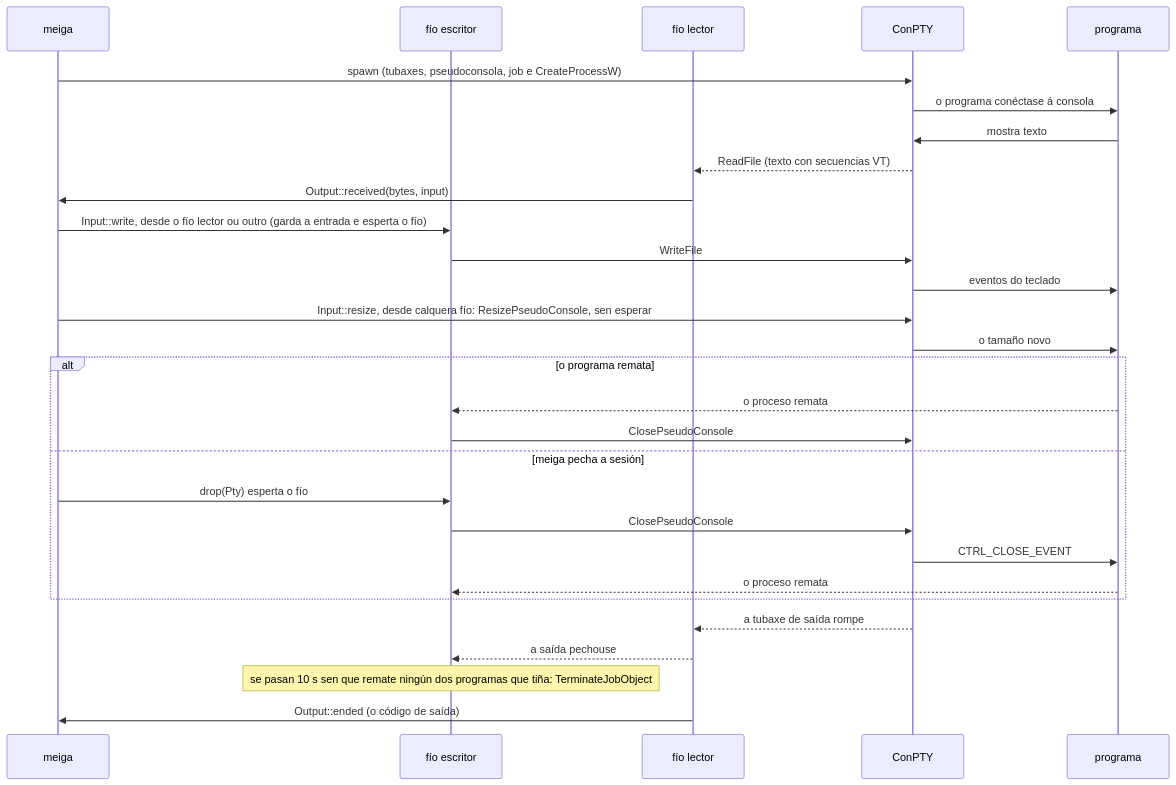
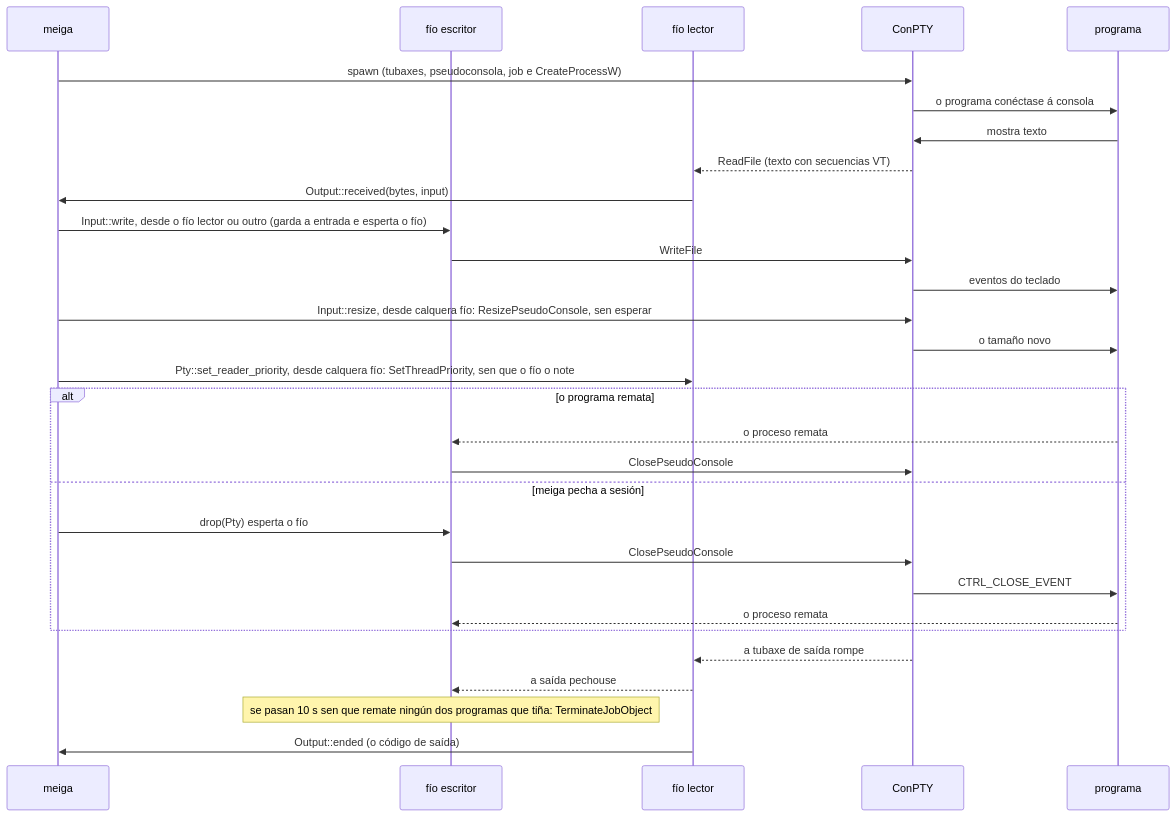
The fourth of 4 diagrams in docs/codigo/meiga-win.md (NewHouses/meiga), drawn with Mermaid before and after one commit. The commit also changed other lines of this file and 33 other files, not shown here.

````diff
--- a/docs/codigo/meiga-win.md
+++ b/docs/codigo/meiga-win.md
@@ -2190,31 +2217,32 @@
 ```mermaid
 sequenceDiagram
     participant M as meiga
     participant W as fío escritor
     participant R as fío lector
     participant C as ConPTY
     participant P as programa
     M->>C: spawn (tubaxes, pseudoconsola, job e CreateProcessW)
     C->>P: o programa conéctase á consola
     P->>C: mostra texto
     C-->>R: ReadFile (texto con secuencias VT)
     R->>M: Output::received(bytes, input)
     M->>W: Input::write, desde o fío lector ou outro (garda a entrada e esperta o fío)
     W->>C: WriteFile
     C->>P: eventos do teclado
     M->>C: Input::resize, desde calquera fío: ResizePseudoConsole, sen esperar
     C->>P: o tamaño novo
+    M->>R: Pty::set_reader_priority, desde calquera fío: SetThreadPriority, sen que o fío o note
     alt o programa remata
         P-->>W: o proceso remata
         W->>C: ClosePseudoConsole
     else meiga pecha a sesión
         M->>W: drop(Pty) esperta o fío
         W->>C: ClosePseudoConsole
         C->>P: CTRL_CLOSE_EVENT
         P-->>W: o proceso remata
     end
     C-->>R: a tubaxe de saída rompe
     R-->>W: a saída pechouse
     Note over W: se pasan 10 s sen que remate ningún dos programas que tiña: TerminateJobObject
     R->>M: Output::ended (o código de saída)
 ```
````
